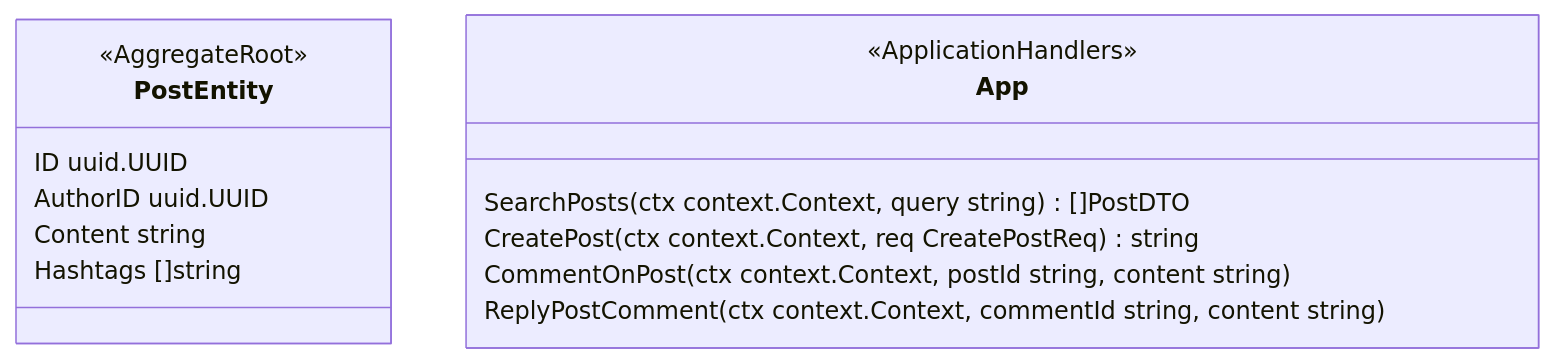
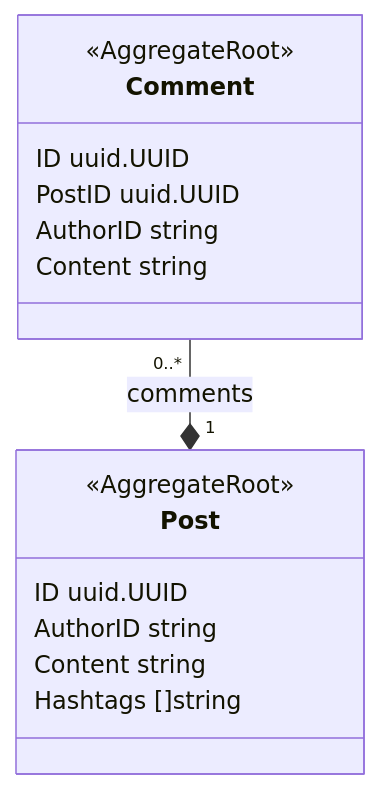
Before and after one commit to egolia-uit/egolia: the third of 3 diagrams in docs/src/references/class-diagram.md, drawn with Mermaid. The commit also changed other lines of this file, not shown here.

````diff
--- a/docs/src/references/class-diagram.md
+++ b/docs/src/references/class-diagram.md
@@ -162,18 +195,28 @@
 ```mermaid
 classDiagram
-    class PostEntity {
+    class Post {
         <<AggregateRoot>>
         ID uuid.UUID
-        AuthorID uuid.UUID
+        AuthorID string
         Content string
         Hashtags []string
     }
 
-    class App {
-        <<ApplicationHandlers>>
-        SearchPosts(ctx context.Context, query string) []PostDTO
-        CreatePost(ctx context.Context, req CreatePostReq) string
-        CommentOnPost(ctx context.Context, postId string, content string)
-        ReplyPostComment(ctx context.Context, commentId string, content string)
+    class Comment {
+        <<AggregateRoot>>
+        ID uuid.UUID
+        PostID uuid.UUID
+        AuthorID string
+        Content string
     }
+
+    Comment "0..*" --* "1" Post : comments
+
+    %% class App {
+    %%     <<ApplicationHandlers>>
+    %%     SearchPosts(ctx context.Context, query string) []PostDTO
+    %%     CreatePost(ctx context.Context, req CreatePostReq) string
+    %%     CommentOnPost(ctx context.Context, postId string, content string)
+    %%     ReplyPostComment(ctx context.Context, commentId string, content string)
+    %% }
 ```
````
